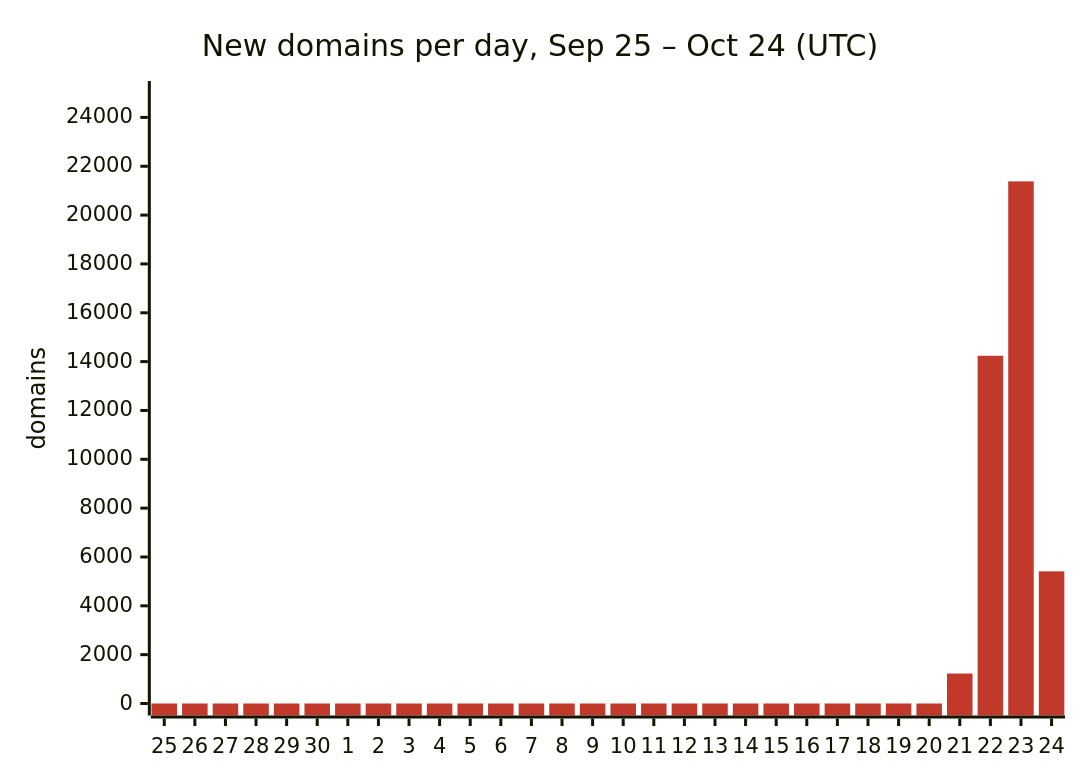
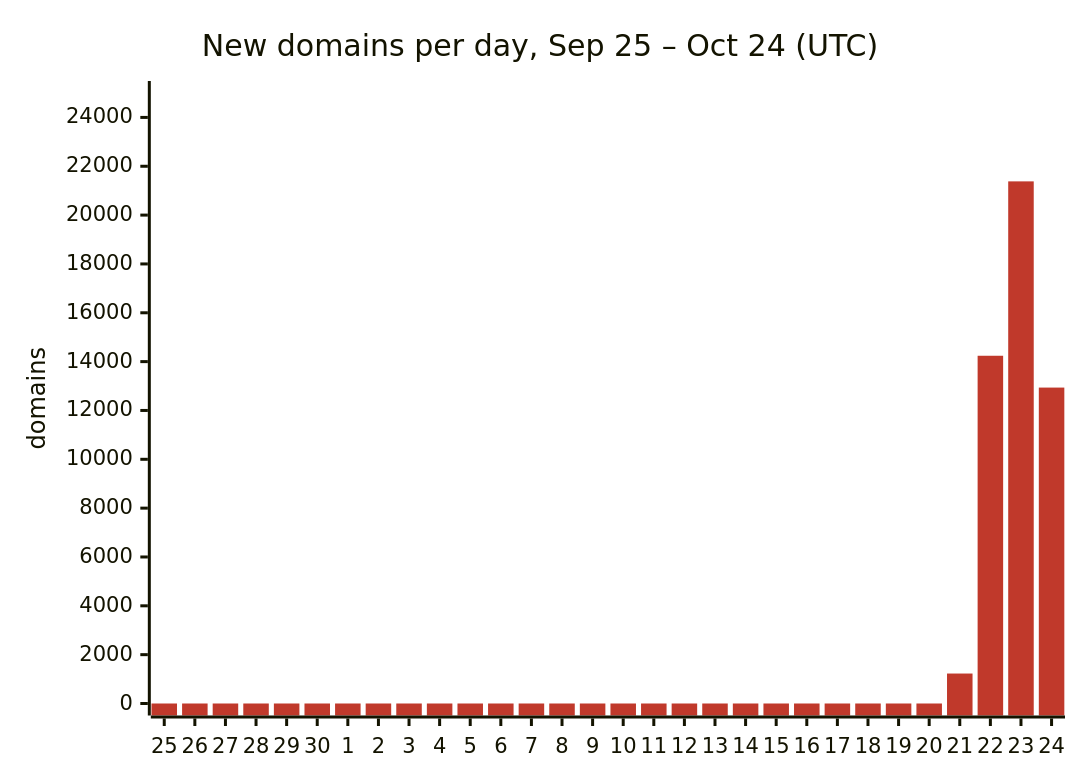
One commit to DNSBunker/CTI changed the first of 3 diagrams in README.md. Above: the diagram before and after it, drawn with Mermaid. The commit also changed other lines of this file and 3 other files, not shown here.

````diff
--- a/README.md
+++ b/README.md
@@ -29,8 +29,8 @@
 ```mermaid
 %%{init: {"themeVariables": {"xyChart": {"plotColorPalette": "#c0392b"}}}}%%
 xychart-beta
     title "New domains per day, Sep 25 – Oct 24 (UTC)"
     x-axis ["25", "26", "27", "28", "29", "30", "1", "2", "3", "4", "5", "6", "7", "8", "9", "10", "11", "12", "13", "14", "15", "16", "17", "18", "19", "20", "21", "22", "23", "24"]
     y-axis "domains" 0 --> 25000
-    bar [0, 0, 0, 0, 0, 0, 0, 0, 0, 0, 0, 0, 0, 0, 0, 0, 0, 0, 0, 0, 0, 0, 0, 0, 0, 0, 1227, 14240, 21381, 5412]
+    bar [0, 0, 0, 0, 0, 0, 0, 0, 0, 0, 0, 0, 0, 0, 0, 0, 0, 0, 0, 0, 0, 0, 0, 0, 0, 0, 1227, 14240, 21381, 12937]
 ```
````
